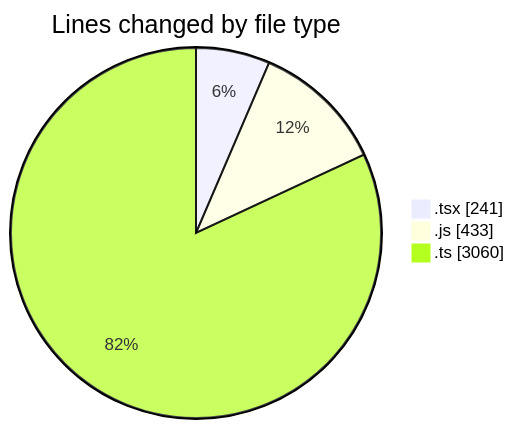
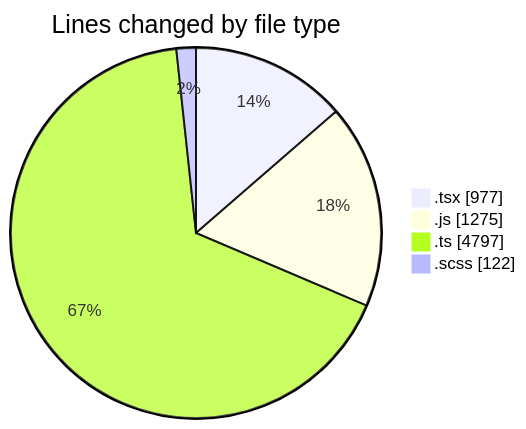
One commit to momahboobian/code-tracking changed the first of 2 diagrams in 2026-08-17/cda/README.md. Above: the diagram before and after it, drawn with Mermaid. The commit also changed other lines of this file and 1 other file, not shown here.

````diff
--- a/2026-08-17/cda/README.md
+++ b/2026-08-17/cda/README.md
@@ -28,7 +39,8 @@
 ```mermaid
 pie showData
 title Lines changed by file type
-".tsx" : 241
-".js" : 433
-".ts" : 3060
+".tsx" : 977
+".js" : 1275
+".ts" : 4797
+".scss" : 122
 ```
````
